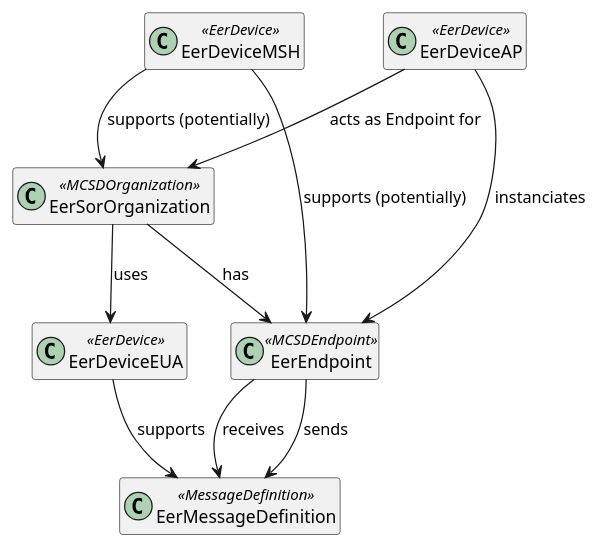
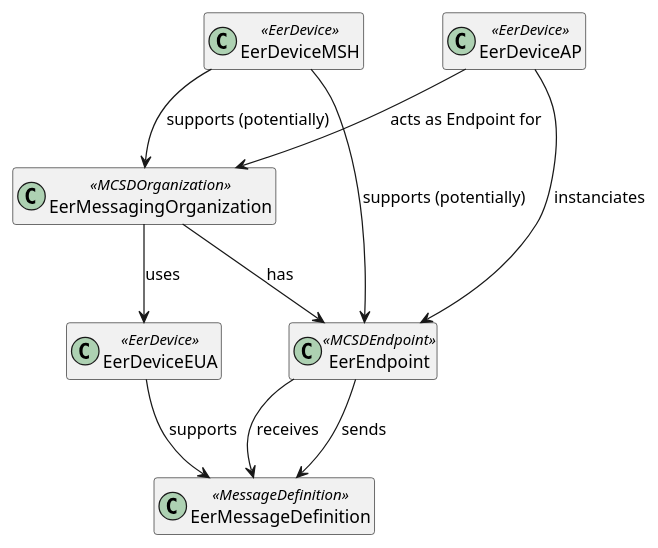
The diagram in input/images-source/eerDiagramWithMSH.plantuml (medcomdk/dk-ehmi-eer), drawn with PlantUML before and after one commit. The commit also changed 40 other files, not shown here.

Commit message:
applied EerMessagingOrganization to all organizational inheritance

```diff
--- a/input/images-source/eerDiagramWithMSH.plantuml
+++ b/input/images-source/eerDiagramWithMSH.plantuml
@@ -1,22 +1,22 @@
 @startuml EER
 
 hide empty members
 
 class "EerEndpoint" as EerEndpoint <<MCSDEndpoint>>
-class "EerSorOrganization" as EerOrganization <<MCSDOrganization>>
+class "EerMessagingOrganization" as EerOrganization <<MCSDOrganization>>
 class "EerMessageDefinition" as EerMessageDefinition <<MessageDefinition>>
 class "EerDeviceEUA" as EerDeviceEUA <<EerDevice>>
 class "EerDeviceAP" as EerDeviceAP <<EerDevice>>
 class "EerDeviceMSH" as EerDeviceMSH <<EerDevice>>
 
 EerOrganization --> EerEndpoint : "has"
 EerOrganization --> EerDeviceEUA : "uses"
 EerDeviceAP --> EerOrganization : "acts as Endpoint for"
 EerDeviceAP --> EerEndpoint : "instanciates"
 EerDeviceEUA --> EerMessageDefinition : "supports"
 EerEndpoint --> EerMessageDefinition : "sends"
 EerEndpoint --> EerMessageDefinition : "receives"
 EerDeviceMSH --> EerOrganization : "supports (potentially)"
 EerDeviceMSH --> EerEndpoint : "supports (potentially)"
 
 @enduml
```
